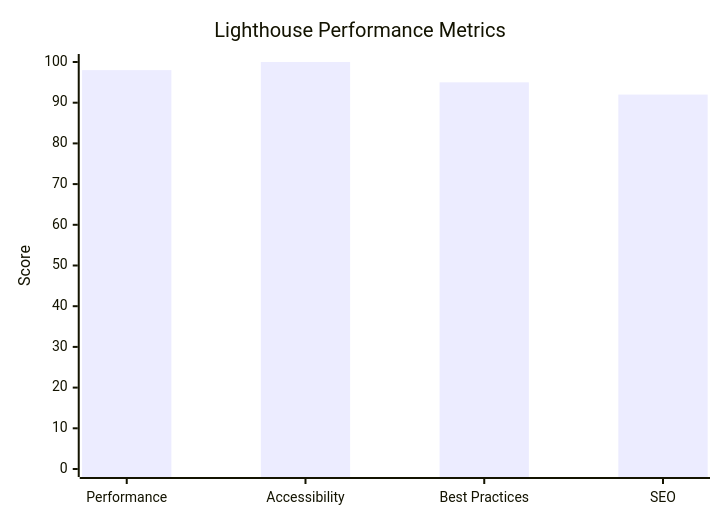
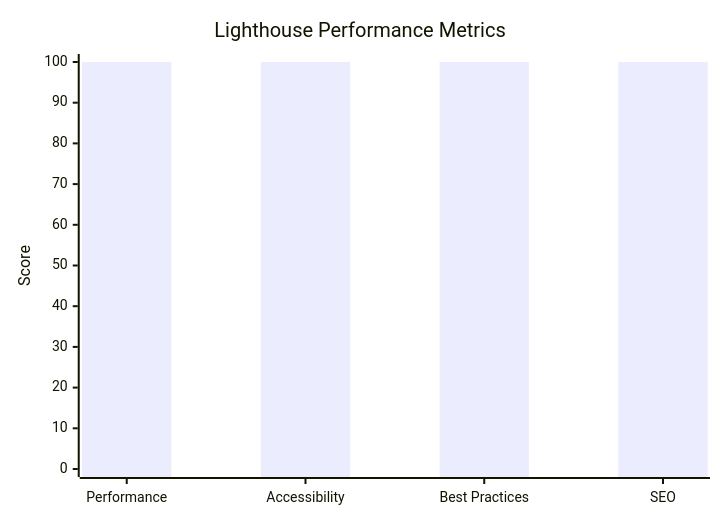
Before and after one commit to soundar-19/AngularTraining: the fifth of 7 diagrams in Project2/Day2-portfolio/README.md, drawn with Mermaid. The commit also changed other lines of this file, not shown here.

````diff
--- a/Project2/Day2-portfolio/README.md
+++ b/Project2/Day2-portfolio/README.md
@@ -356,7 +354,7 @@
 ```mermaid
 xychart-beta
     title "Lighthouse Performance Metrics"
     x-axis [Performance, Accessibility, "Best Practices", SEO]
     y-axis "Score" 0 --> 100
-    bar [98, 100, 95, 92]
+    bar [100, 100, 100, 100]
 ```
````
